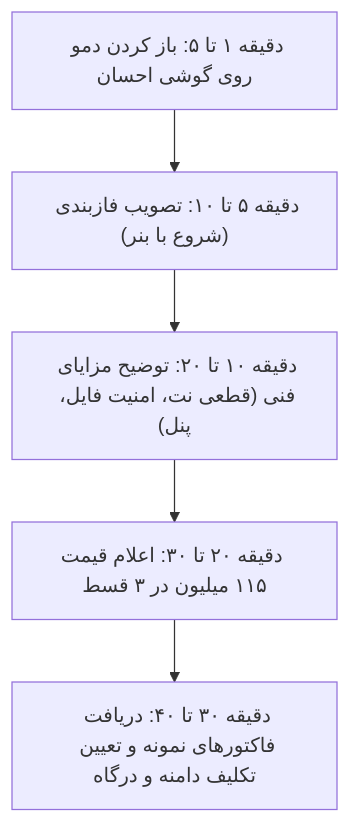
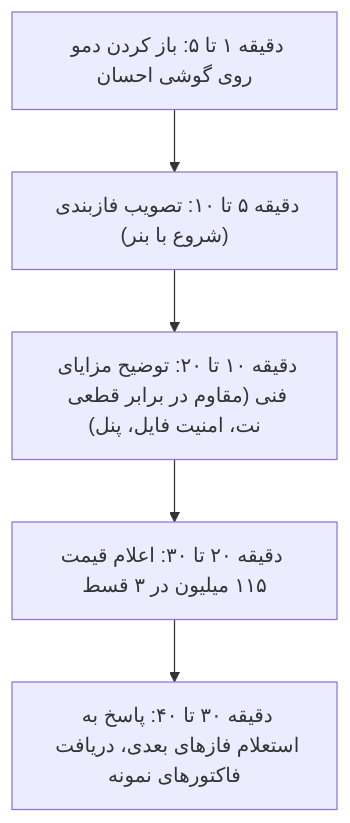
The diagram in docs/proposals/chapehsan-developer-playbook.fa.md (farzad-bahadorifar/chapehsan), drawn with Mermaid before and after one commit. The commit also changed other lines of this file and 21 other files, not shown here.

````diff
--- a/docs/proposals/chapehsan-developer-playbook.fa.md
+++ b/docs/proposals/chapehsan-developer-playbook.fa.md
@@ -50,7 +59,7 @@
 ```mermaid
 flowchart TD
     M1["دقیقه ۱ تا ۵: باز کردن دمو روی گوشی احسان"] --> M2["دقیقه ۵ تا ۱۰: تصویب فازبندی (شروع با بنر)"]
-    M2 --> M3["دقیقه ۱۰ تا ۲۰: توضیح مزایای فنی (قطعی نت، امنیت فایل، پنل)"]
+    M2 --> M3["دقیقه ۱۰ تا ۲۰: توضیح مزایای فنی (مقاوم در برابر قطعی نت، امنیت فایل، پنل)"]
     M3 --> M4["دقیقه ۲۰ تا ۳۰: اعلام قیمت ۱۱۵ میلیون در ۳ قسط"]
-    M4 --> M5["دقیقه ۳۰ تا ۴۰: دریافت فاکتورهای نمونه و تعیین تکلیف دامنه و درگاه"]
+    M4 --> M5["دقیقه ۳۰ تا ۴۰: پاسخ به استعلام فازهای بعدی، دریافت فاکتورهای نمونه"]
 ```
````
